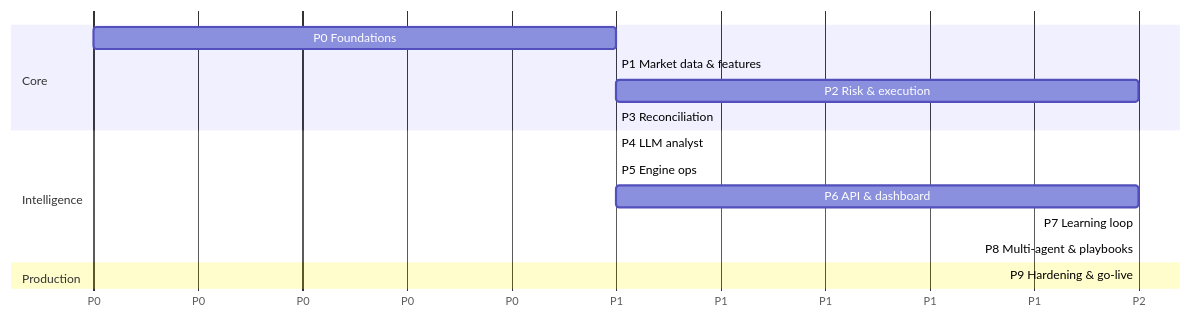
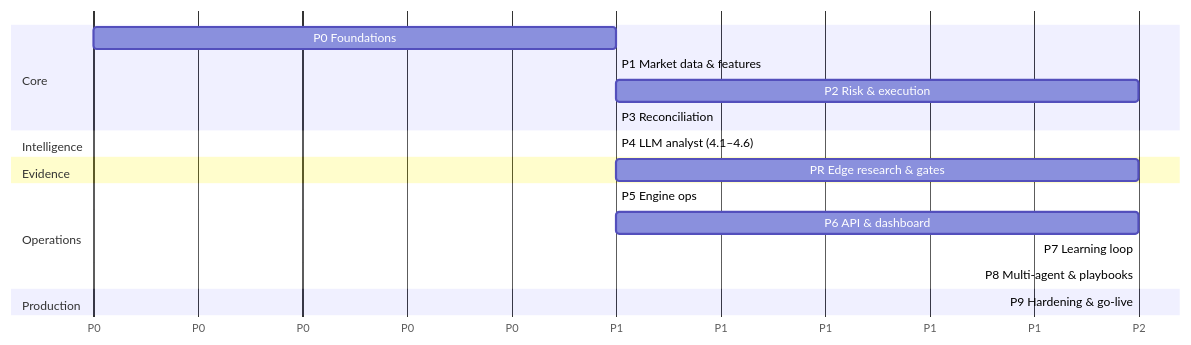
Before and after one commit to addy-666/ai-hedge-fund: the diagram in docs/07_ROADMAP.md, drawn with Mermaid. The commit also changed other lines of this file and 4 other files, not shown here.

First line of the commit message:
Re-plan: Phase R (edge research & evidence gates) before the analyst trades

````diff
--- a/docs/07_ROADMAP.md
+++ b/docs/07_ROADMAP.md
@@ -11,18 +15,21 @@
 ```mermaid
 gantt
     dateFormat  X
     axisFormat  P%s
     section Core
     P0 Foundations            :p0, 0, 1
     P1 Market data & features :p1, after p0, 1
     P2 Risk & execution       :p2, after p1, 2
     P3 Reconciliation         :p3, after p2, 1
     section Intelligence
-    P4 LLM analyst            :p4, after p3, 1
-    P5 Engine ops             :p5, after p4, 1
+    P4 LLM analyst (4.1–4.6)  :p4, after p3, 1
+    section Evidence
+    PR Edge research & gates  :pr, after p4, 2
+    section Operations
+    P5 Engine ops             :p5, after pr, 1
     P6 API & dashboard        :p6, after p5, 2
     P7 Learning loop          :p7, after p6, 2
     P8 Multi-agent & playbooks:p8, after p7, 2
     section Production
     P9 Hardening & go-live    :p9, after p8, 2
 ```
````
